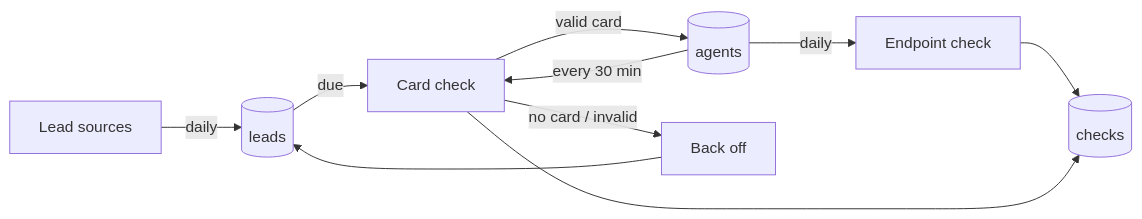
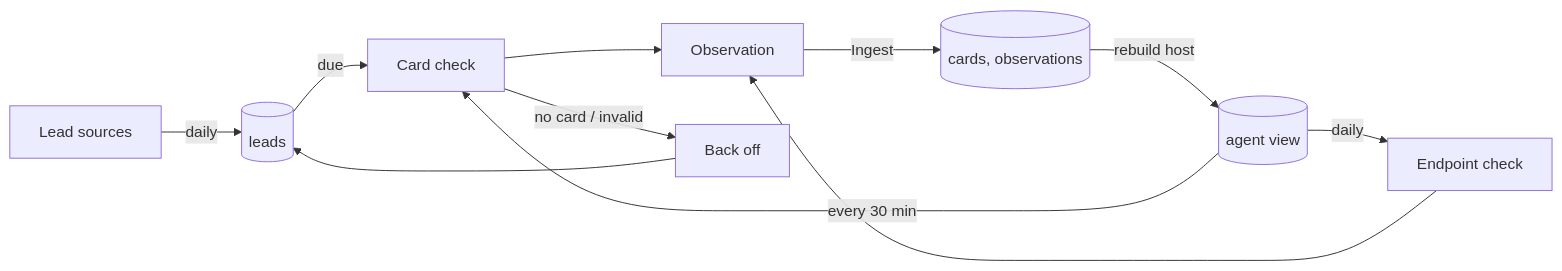
The sixth of 6 diagrams in spec.md (sbOogway/openagentindex), drawn with Mermaid before and after one commit. The commit also changed other lines of this file, not shown here.

First line of the commit message:
docs(spec): store checks as observations with mergeable keys

````diff
--- a/spec.md
+++ b/spec.md
@@ -293,12 +337,13 @@
 ```mermaid
 flowchart LR
   S[Lead sources] -->|daily| L[(leads)]
   L -->|due| C[Card check]
-  C -->|valid card| A[(agents)]
+  C --> O[Observation]
+  E[Endpoint check] --> O
+  O -->|Ingest| F[(cards, observations)]
+  F -->|rebuild host| A[(agent view)]
   C -->|no card / invalid| B[Back off]
   B --> L
   A -->|every 30 min| C
-  A -->|daily| E[Endpoint check]
-  E --> K[(checks)]
-  C --> K
+  A -->|daily| E
 ```
````
